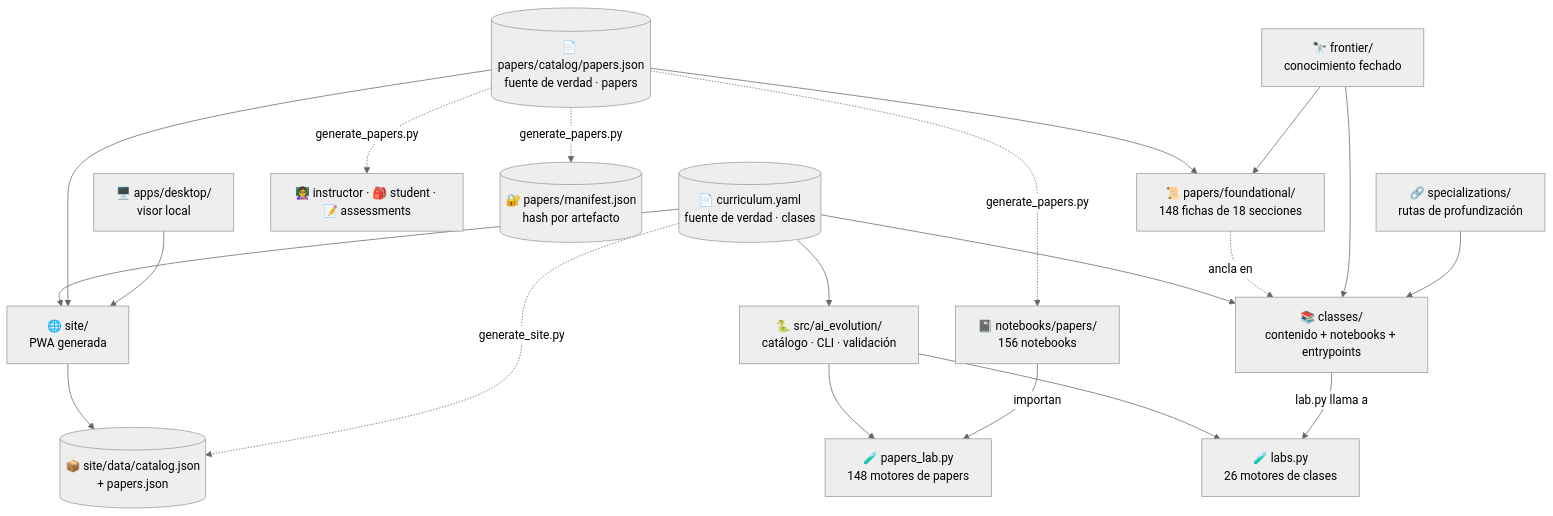
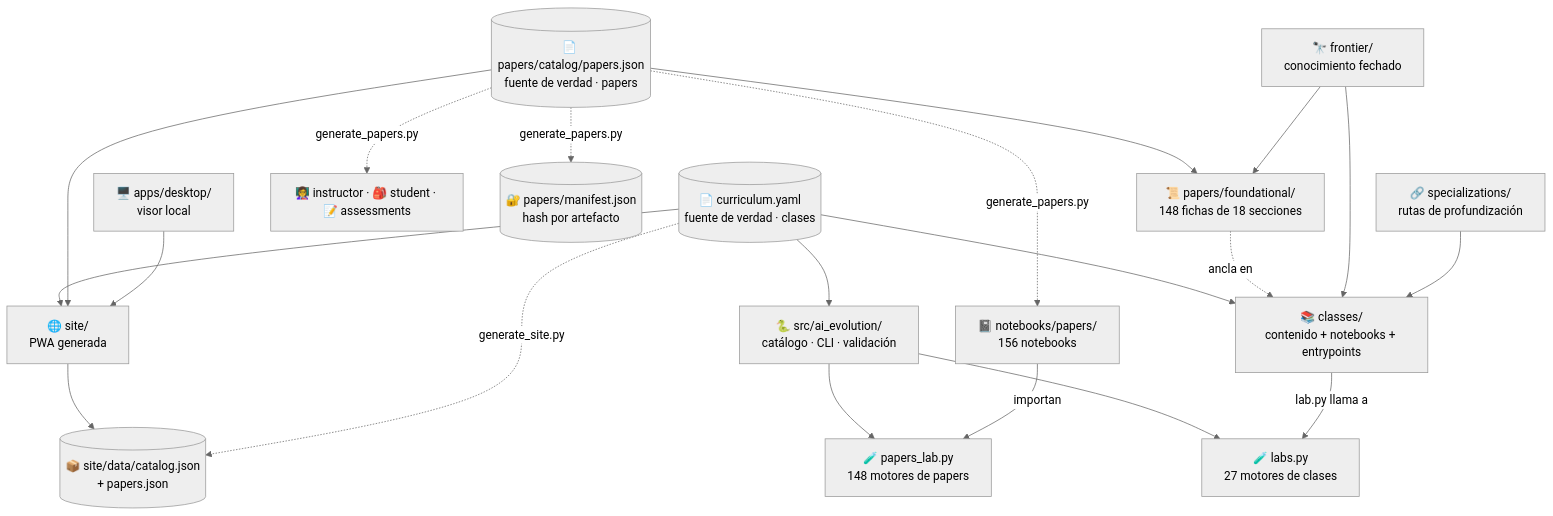
Before and after one commit to vladimiracunadev-create/artificial-intelligence-evolution-program: the diagram in docs/ARCHITECTURE.md, drawn with Mermaid (neutral theme). The commit also changed other lines of this file and 241 other files, not shown here.

````diff
--- a/docs/ARCHITECTURE.md
+++ b/docs/ARCHITECTURE.md
@@ -9,24 +9,24 @@
 ```mermaid
 flowchart TD
     CUR[("📄 curriculum.yaml<br/>fuente de verdad · clases")] --> CLASSES["📚 classes/<br/>contenido + notebooks + entrypoints"]
     CUR --> SRC["🐍 src/ai_evolution/<br/>catálogo · CLI · validación"]
     CUR --> SITE["🌐 site/<br/>PWA generada"]
-    SRC --> LABS["🧪 labs.py<br/>26 motores de clases"]
+    SRC --> LABS["🧪 labs.py<br/>27 motores de clases"]
     CLASSES -->|"lab.py llama a"| LABS
 
     PAP[("📄 papers/catalog/papers.json<br/>fuente de verdad · papers")] --> FICHAS["📜 papers/foundational/<br/>148 fichas de 18 secciones"]
     PAP -.->|"generate_papers.py"| NB["📓 notebooks/papers/<br/>156 notebooks"]
     PAP -.->|"generate_papers.py"| AULA["👩‍🏫 instructor · 🎒 student · 📝 assessments"]
     PAP -.->|"generate_papers.py"| MAN[("🔐 papers/manifest.json<br/>hash por artefacto")]
     PAP --> SITE
     SRC --> PLABS["🧪 papers_lab.py<br/>148 motores de papers"]
     NB -->|"importan"| PLABS
     FICHAS -.->|"ancla en"| CLASSES
 
     SITE --> CATALOG[("📦 site/data/catalog.json<br/>+ papers.json")]
     CUR -.->|"generate_site.py"| CATALOG
     DESK["🖥️ apps/desktop/<br/>visor local"] --> SITE
     FRONT["🔭 frontier/<br/>conocimiento fechado"] --> CLASSES
     FRONT --> FICHAS
     SPEC["🔗 specializations/<br/>rutas de profundización"] --> CLASSES
 ```
````
